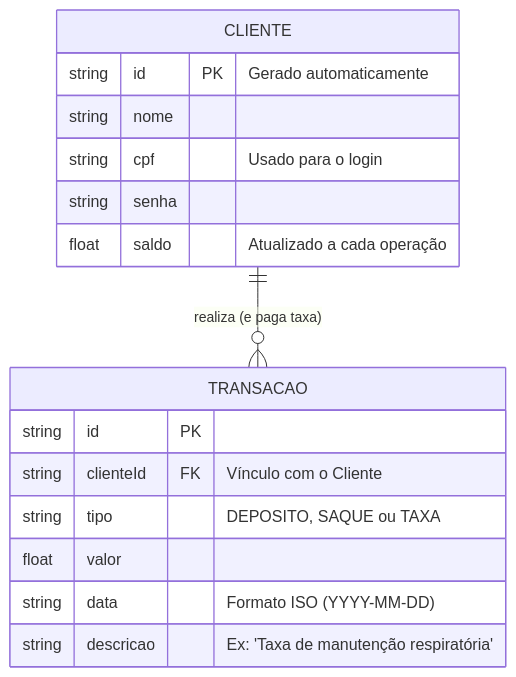
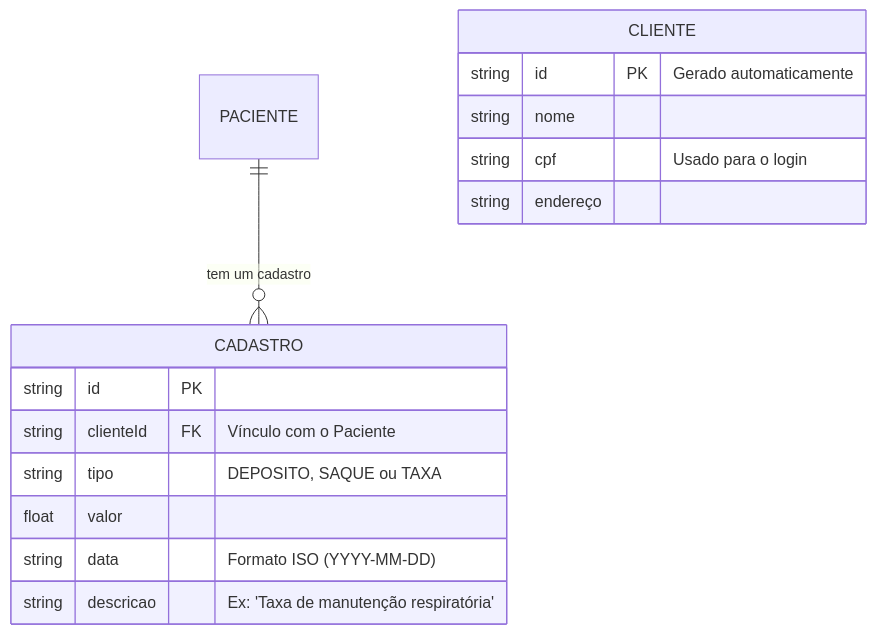
One commit to fehliperamos4/projeto-v1 changed the diagram in Docs/spec.md. Above: the diagram before and after it, drawn with Mermaid.

````diff
--- a/Docs/spec.md
+++ b/Docs/spec.md
@@ -9,19 +9,18 @@
 ```mermaid
 erDiagram
-CLIENTE ||--o{ TRANSACAO : "realiza (e paga taxa)"
+PACIENTE ||--o{ CADASTRO : "tem um cadastro"
 CLIENTE {
 string id PK "Gerado automaticamente"
 string nome
 string cpf "Usado para o login"
-string senha
-float saldo "Atualizado a cada operação"
+string endereço
 }
-TRANSACAO {
+CADASTRO {
 string id PK
-string clienteId FK "Vínculo com o Cliente"
+string clienteId FK "Vínculo com o Paciente"
 string tipo "DEPOSITO, SAQUE ou TAXA"
 float valor
 string data "Formato ISO (YYYY-MM-DD)"
 string descricao "Ex: 'Taxa de manutenção respiratória'"
 }
 ```
````
